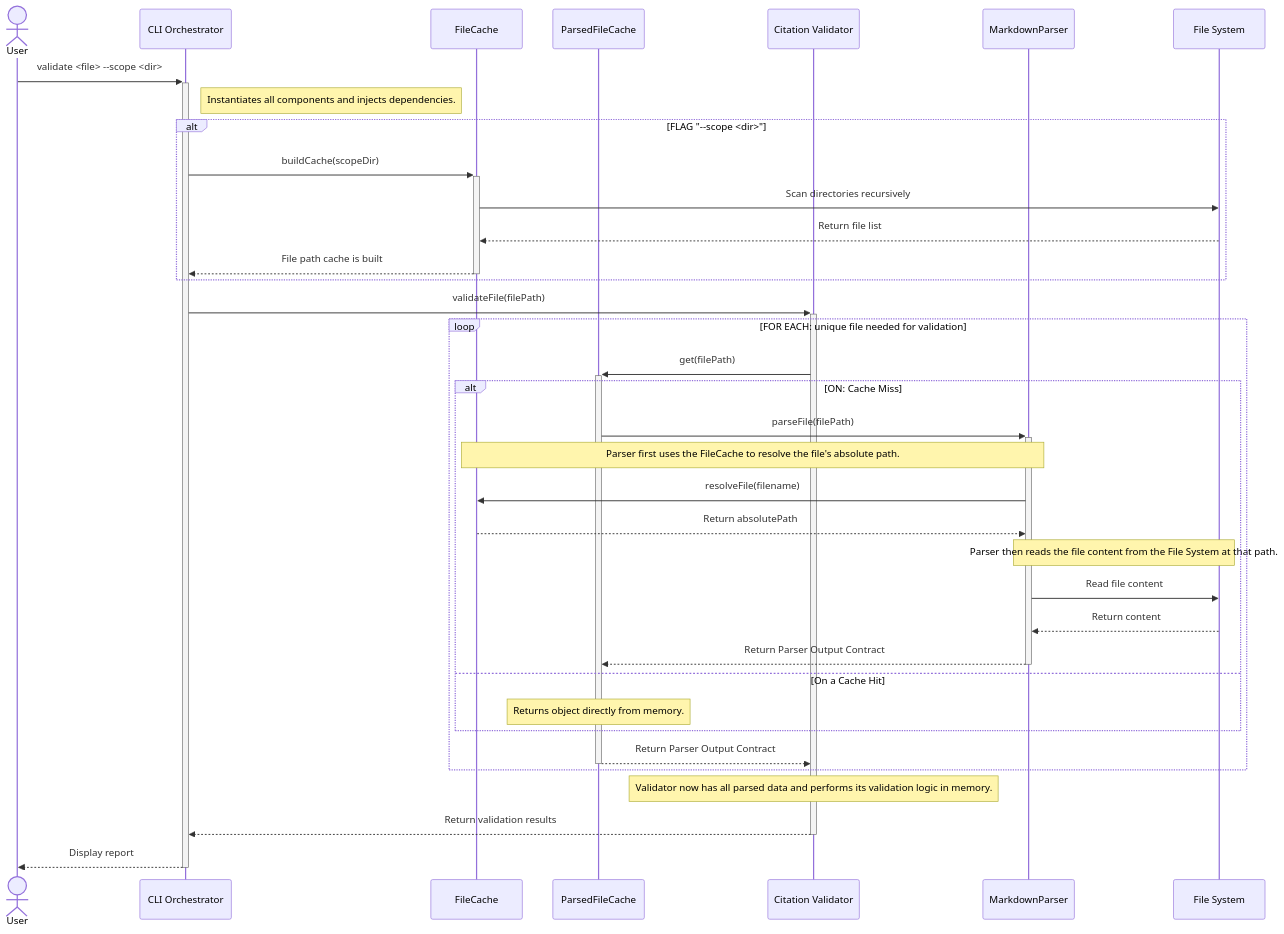
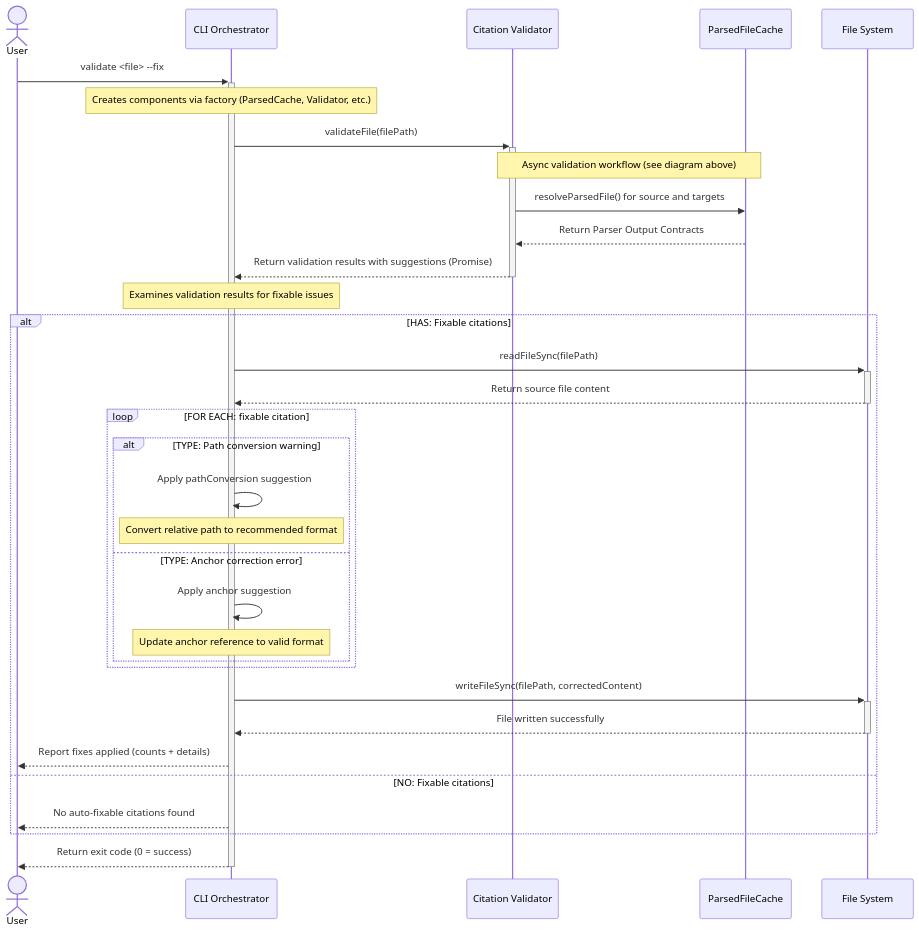
One commit to WesleyMFrederick/cc-workflows changed the third of 3 diagrams in tools/citation-manager/design-docs/features/20251003-content-aggregation/content-aggregation-architecture.md. Above: the diagram before and after it, drawn with Mermaid. The commit also changed other lines of this file and 28 other files, not shown here.

````diff
--- a/tools/citation-manager/design-docs/features/20251003-content-aggregation/content-aggregation-architecture.md
+++ b/tools/citation-manager/design-docs/features/20251003-content-aggregation/content-aggregation-architecture.md
@@ -335,50 +296,46 @@
 ```mermaid
 sequenceDiagram
     actor User
     participant CLI as CLI Orchestrator
-    participant FileCache
+    participant Validator as Citation Validator
     participant ParsedCache as ParsedFileCache
-    participant Validator as Citation Validator
-    participant Parser as MarkdownParser
     participant FS as File System
 
-    User->>+CLI: validate <file> --scope <dir>
+    User->>+CLI: validate <file> --fix
 
-    note right of CLI: Instantiates all components and injects dependencies.
-    
-    alt FLAG "--scope <dir>"
-        CLI->>+FileCache: buildCache(scopeDir)
-        FileCache->>FS: Scan directories recursively
-        FS-->>FileCache: Return file list
-        FileCache-->>-CLI: File path cache is built
-    end
+    note over CLI: Creates components via factory (ParsedCache, Validator, etc.)
 
     CLI->>+Validator: validateFile(filePath)
 
-    loop FOR EACH: unique file needed for validation
-        Validator->>+ParsedCache: get(filePath)
-        
-        alt ON: Cache Miss
-            ParsedCache->>+Parser: parseFile(filePath)
-            
-            note over Parser, FileCache: Parser first uses the FileCache to resolve the file's absolute path.
-            Parser->>FileCache: resolveFile(filename)
-            FileCache-->>Parser: Return absolutePath
-            
-            note over Parser, FS: Parser then reads the file content from the File System at that path.
-            Parser->>FS: Read file content
-            FS-->>Parser: Return content
-            
-            Parser-->>-ParsedCache: Return Parser Output Contract
-        else On a Cache Hit
-            note over ParsedCache: Returns object directly from memory.
+    note over Validator, ParsedCache: Async validation workflow (see diagram above)
+    Validator->>ParsedCache: resolveParsedFile() for source and targets
+    ParsedCache-->>Validator: Return Parser Output Contracts
+
+    Validator-->>-CLI: Return validation results with suggestions (Promise)
+
+    note over CLI: Examines validation results for fixable issues
+
+    alt HAS: Fixable citations
+        CLI->>+FS: readFileSync(filePath)
+        FS-->>-CLI: Return source file content
+
+        loop FOR EACH: fixable citation
+            alt TYPE: Path conversion warning
+                CLI->>CLI: Apply pathConversion suggestion
+                note over CLI: Convert relative path to recommended format
+            else TYPE: Anchor correction error
+                CLI->>CLI: Apply anchor suggestion
+                note over CLI: Update anchor reference to valid format
+            end
         end
 
-        ParsedCache-->>-Validator: Return Parser Output Contract
+        CLI->>+FS: writeFileSync(filePath, correctedContent)
+        FS-->>-CLI: File written successfully
+
+        CLI-->>User: Report fixes applied (counts + details)
+    else NO: Fixable citations
+        CLI-->>User: No auto-fixable citations found
     end
 
-    note over Validator: Validator now has all parsed data and performs its validation logic in memory.
-
-    Validator-->>-CLI: Return validation results
-    CLI-->>-User: Display report
+    CLI-->>-User: Return exit code (0 = success)
 ```
````
